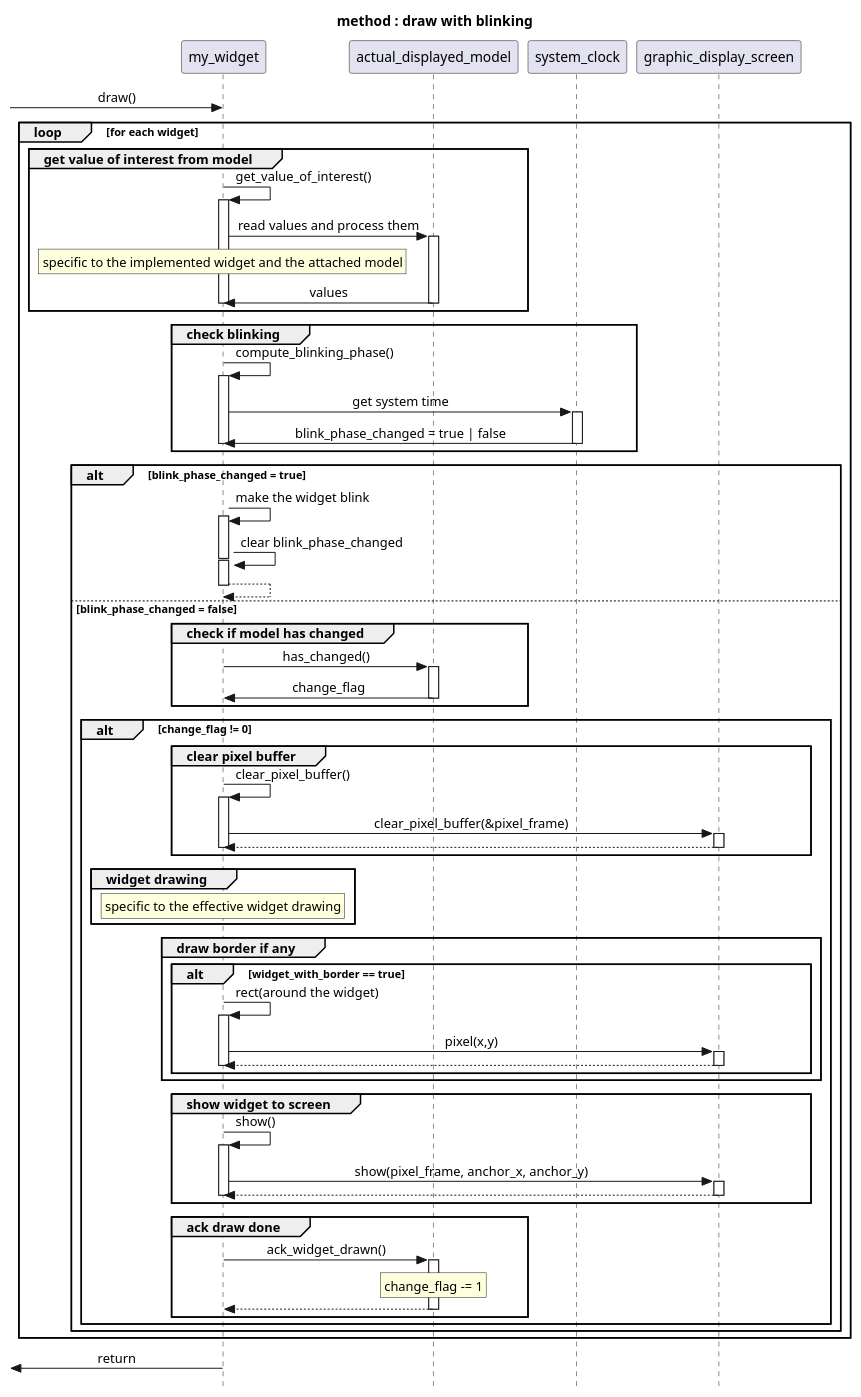
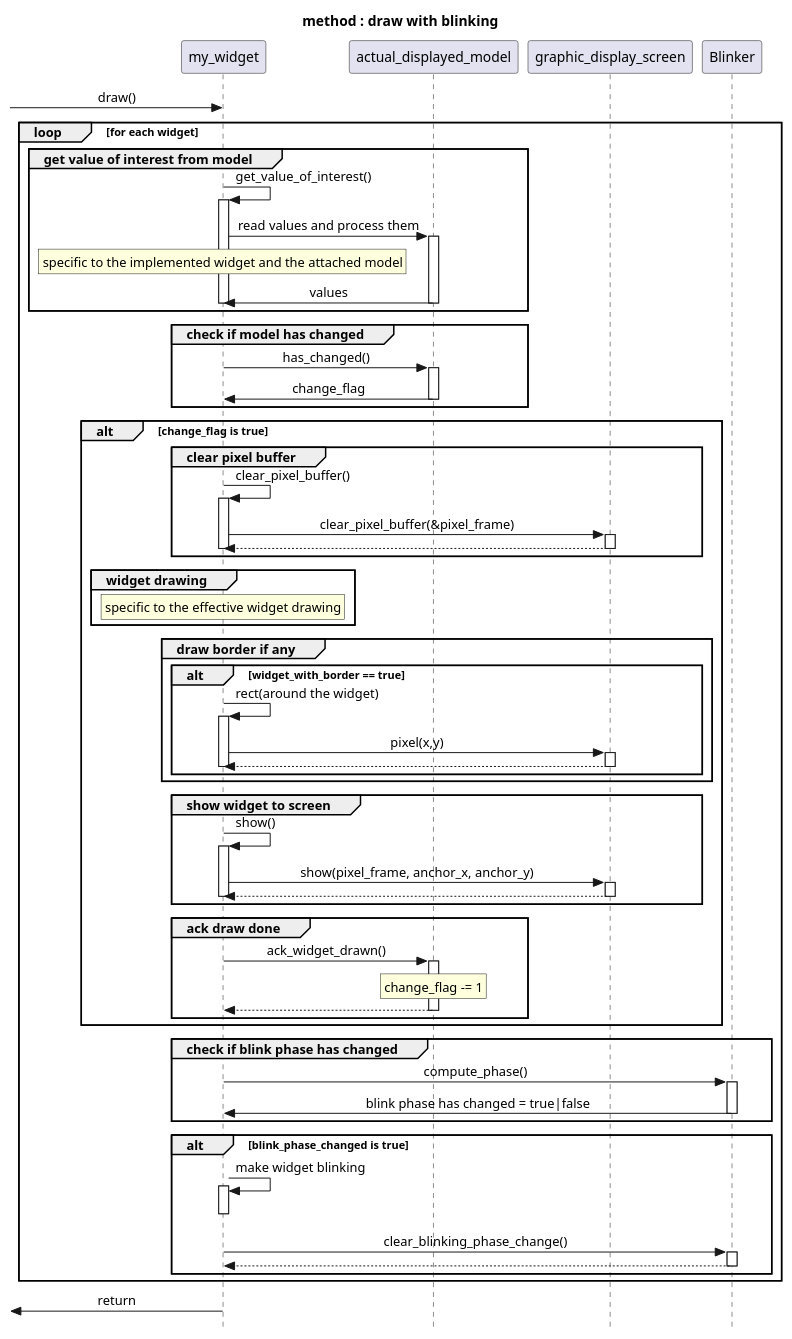
One commit to xiansnn/CPP_DevKit2 changed the first of 2 diagrams in docs/uml/draw_if_changed_scenario.puml. Above: the diagram before and after it, drawn with PlantUML. The commit also changed other lines of this file and 5 other files, not shown here.

Commit message:
update uml

```diff
--- a/docs/uml/draw_if_changed_scenario.puml
+++ b/docs/uml/draw_if_changed_scenario.puml
@@ -1,72 +1,75 @@
 @startuml draw_with_blinking
 title method : draw with blinking
 skinparam style strictuml
 skinparam SequenceMessageAlignment center
 
 [-> my_widget : draw()
     
 loop for each widget
+
 group get value of interest from model
 my_widget->my_widget ++: get_value_of_interest()
 actual_displayed_model <- my_widget ++: read values and process them
 rnote over my_widget : specific to the implemented widget and the attached model
 actual_displayed_model -> my_widget --: values
 deactivate my_widget
 end
-group check blinking
-my_widget -> my_widget ++ : compute_blinking_phase()
-my_widget -> system_clock ++ : get system time
-my_widget <- system_clock --: blink_phase_changed = true | false
-deactivate my_widget
-end
 
-alt blink_phase_changed = true
-my_widget -> my_widget --++: make the widget blink
-my_widget -> my_widget --++: clear blink_phase_changed
-return
-deactivate my_widget
-    
-
-
-else blink_phase_changed = false
 group check if model has changed
 actual_displayed_model <- my_widget ++: has_changed()
 actual_displayed_model -> my_widget --: change_flag
 end
-alt change_flag != 0
+
+alt change_flag is true
 
 group clear pixel buffer
 my_widget -> my_widget ++: clear_pixel_buffer()
 my_widget -> graphic_display_screen ++: clear_pixel_buffer(&pixel_frame)
 return
 deactivate my_widget
 end
+
 group widget drawing
 rnote over my_widget : specific to the effective widget drawing
 end
 
 group draw border if any
 alt widget_with_border == true
 my_widget -> my_widget ++: rect(around the widget)
 my_widget -> graphic_display_screen ++: pixel(x,y)
 return
 deactivate my_widget
 end
 end
+
+
 group show widget to screen
 my_widget-> my_widget ++ : show()
 my_widget -> graphic_display_screen ++: show(pixel_frame, anchor_x, anchor_y)
 return
 deactivate my_widget
 end
 
 group ack draw done 
 my_widget -> actual_displayed_model ++: ack_widget_drawn()
 rnote over actual_displayed_model : change_flag -= 1
 return
 end
 end
+
+
+group check if blink phase has changed
+my_widget -> Blinker++: compute_phase()
+my_widget <- Blinker--: blink phase has changed = true|false
 end
+
+alt blink_phase_changed is true
+my_widget -> my_widget ++ : make widget blinking
+deactivate my_widget
+my_widget -> Blinker ++ : clear_blinking_phase_change()
+return
+end
+
 end
 [<- my_widget: return
 @enduml
```
